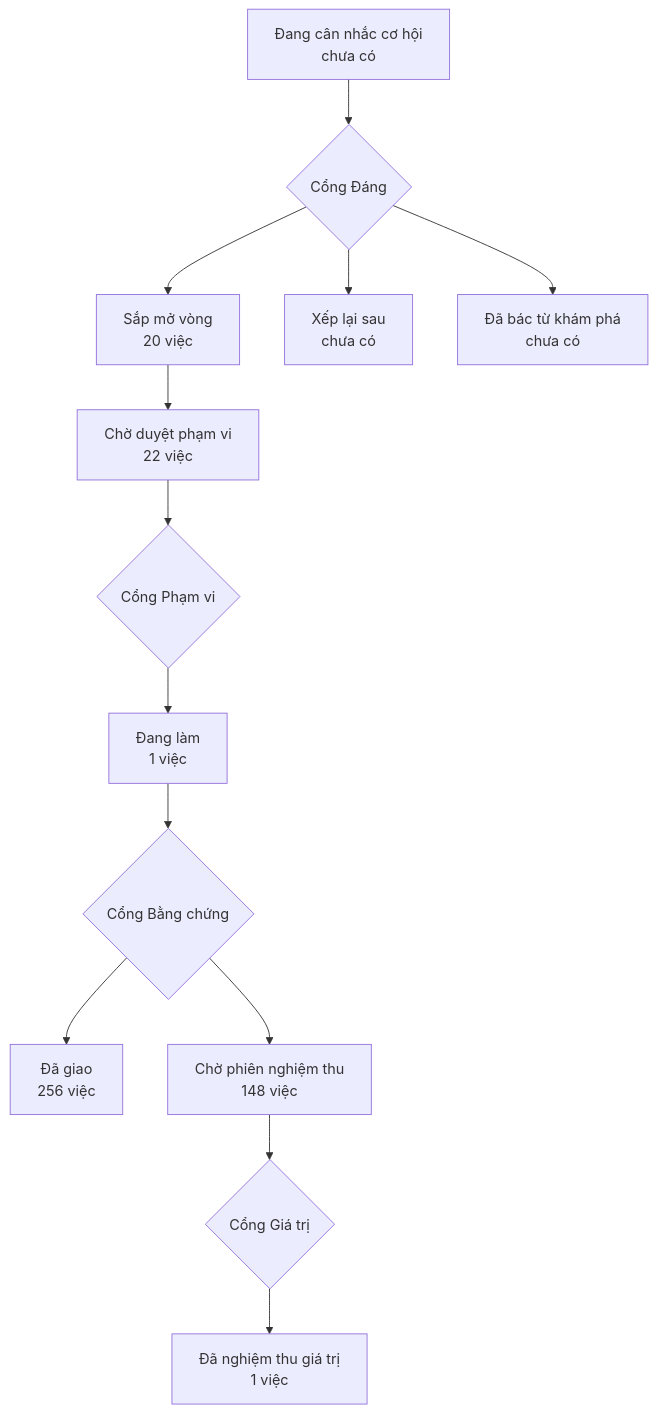
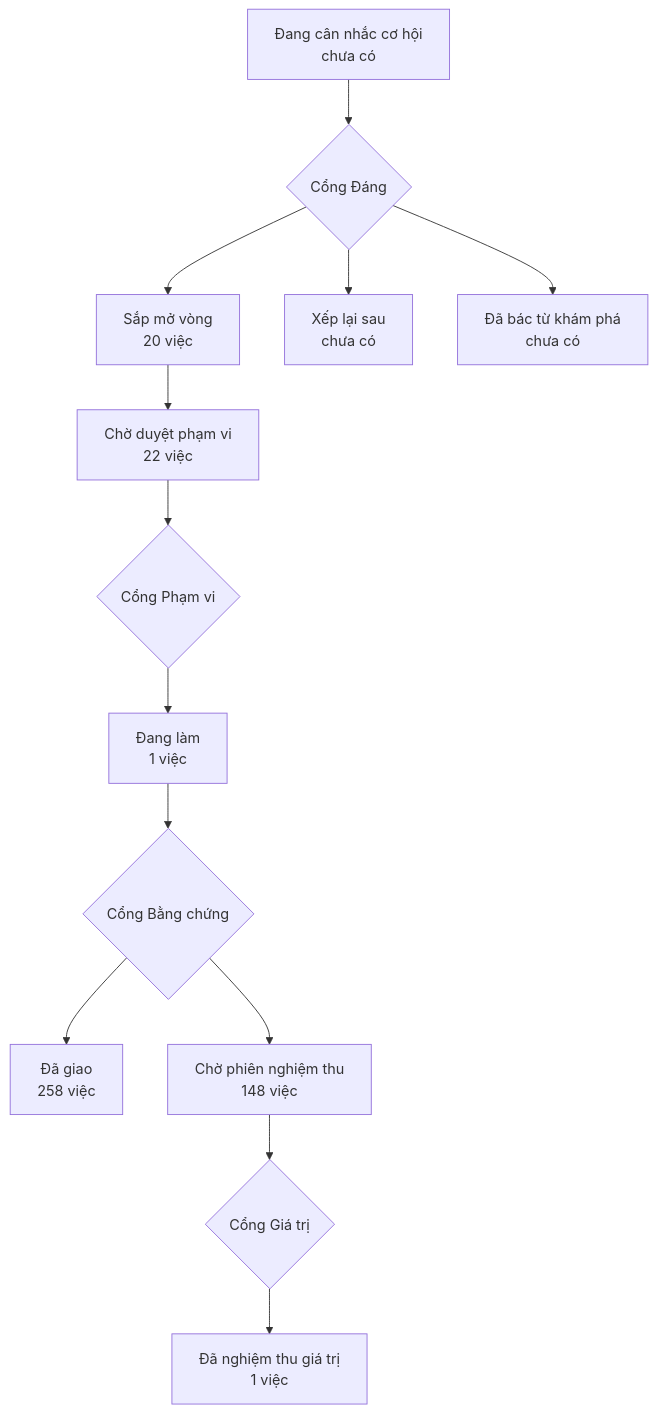
One commit to phanlemanh/onehub-invest changed the diagram in PRODUCT-MAP.md. Above: the diagram before and after it, drawn with Mermaid. The commit also changed other lines of this file and 1 other file, not shown here.

Commit message:
chore(map): vẽ lại bản đồ sau gộp main 0dcc9780a

````diff
--- a/PRODUCT-MAP.md
+++ b/PRODUCT-MAP.md
@@ -7,12 +7,12 @@
 ```mermaid
 flowchart TD
   A["Đang cân nhắc cơ hội<br/>chưa có"] --> GD{"Cổng Đáng"}
   GD --> B["Sắp mở vòng<br/>20 việc"]
   GD --> XL["Xếp lại sau<br/>chưa có"]
   GD --> DB["Đã bác từ khám phá<br/>chưa có"]
   B --> CD["Chờ duyệt phạm vi<br/>22 việc"] --> GP{"Cổng Phạm vi"}
   GP --> DL["Đang làm<br/>1 việc"] --> GB{"Cổng Bằng chứng"}
-  GB --> DG["Đã giao<br/>256 việc"]
+  GB --> DG["Đã giao<br/>258 việc"]
   GB --> CN["Chờ phiên nghiệm thu<br/>148 việc"] --> GG{"Cổng Giá trị"}
   GG --> NT["Đã nghiệm thu giá trị<br/>1 việc"]
 ```
````
